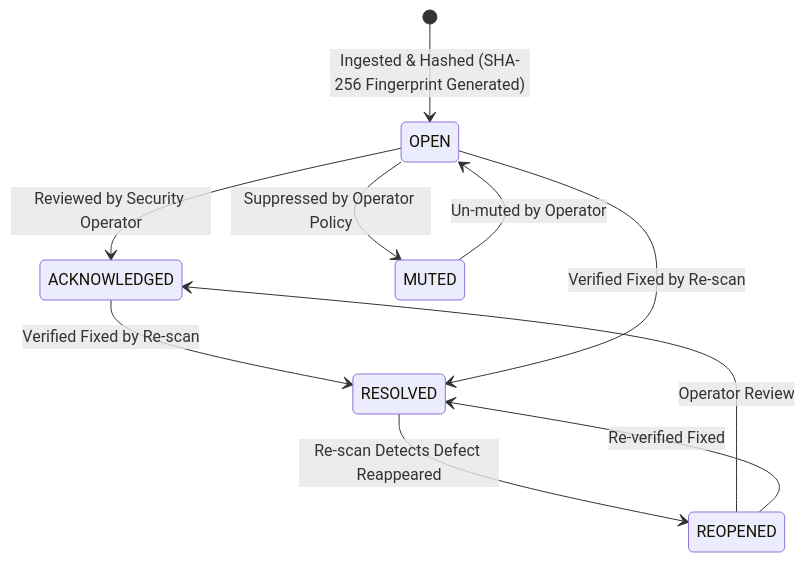
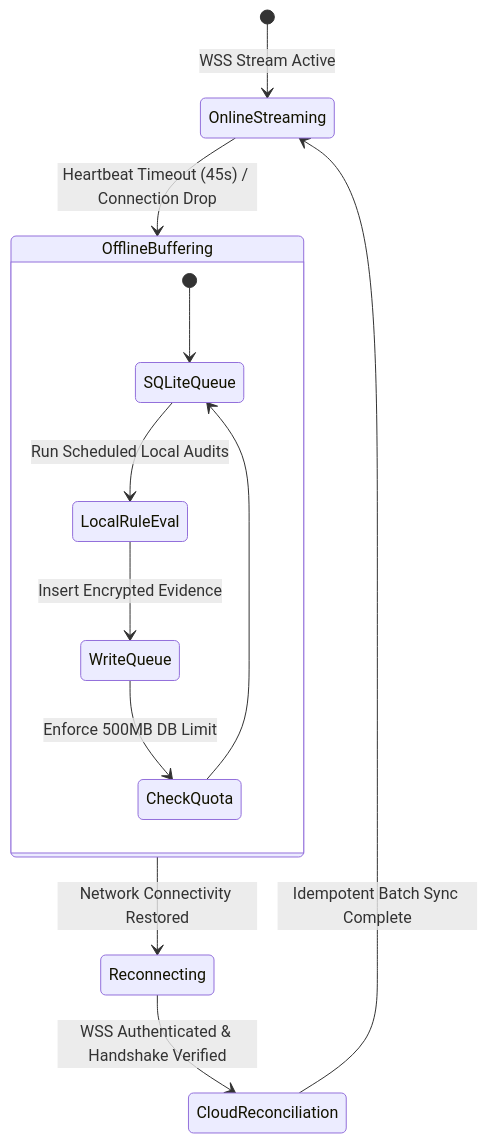
Before and after one commit to Subhadip-Paul2006/NETRA-Backend: diagram 11 of 13 in docs/SYSTEM_DESIGN.md, drawn with Mermaid. The commit also changed other lines of this file and 15 other files, not shown here.

Commit message:
docs: establish authoritative open-source academic architecture & technical specification suite

````diff
--- a/docs/SYSTEM_DESIGN.md
+++ b/docs/SYSTEM_DESIGN.md
@@ -179,12 +363,17 @@
 ```mermaid
 stateDiagram-v2
-    [*] --> OPEN: Ingested & Hashed (SHA-256 Fingerprint Generated)
-    OPEN --> ACKNOWLEDGED: Reviewed by Security Operator
-    OPEN --> MUTED: Suppressed by Operator Policy
-    ACKNOWLEDGED --> RESOLVED: Verified Fixed by Re-scan
-    OPEN --> RESOLVED: Verified Fixed by Re-scan
-    RESOLVED --> REOPENED: Re-scan Detects Defect Reappeared
-    REOPENED --> ACKNOWLEDGED: Operator Review
-    REOPENED --> RESOLVED: Re-verified Fixed
-    MUTED --> OPEN: Un-muted by Operator
+    [*] --> OnlineStreaming: WSS Stream Active
+    OnlineStreaming --> OfflineBuffering: Heartbeat Timeout (45s) / Connection Drop
+    
+    state OfflineBuffering {
+        [*] --> SQLiteQueue
+        SQLiteQueue --> LocalRuleEval: Run Scheduled Local Audits
+        LocalRuleEval --> WriteQueue: Insert Encrypted Evidence
+        WriteQueue --> CheckQuota: Enforce 500MB DB Limit
+        CheckQuota --> SQLiteQueue
+    }
+    
+    OfflineBuffering --> Reconnecting: Network Connectivity Restored
+    Reconnecting --> CloudReconciliation: WSS Authenticated & Handshake Verified
+    CloudReconciliation --> OnlineStreaming: Idempotent Batch Sync Complete
 ```
````
